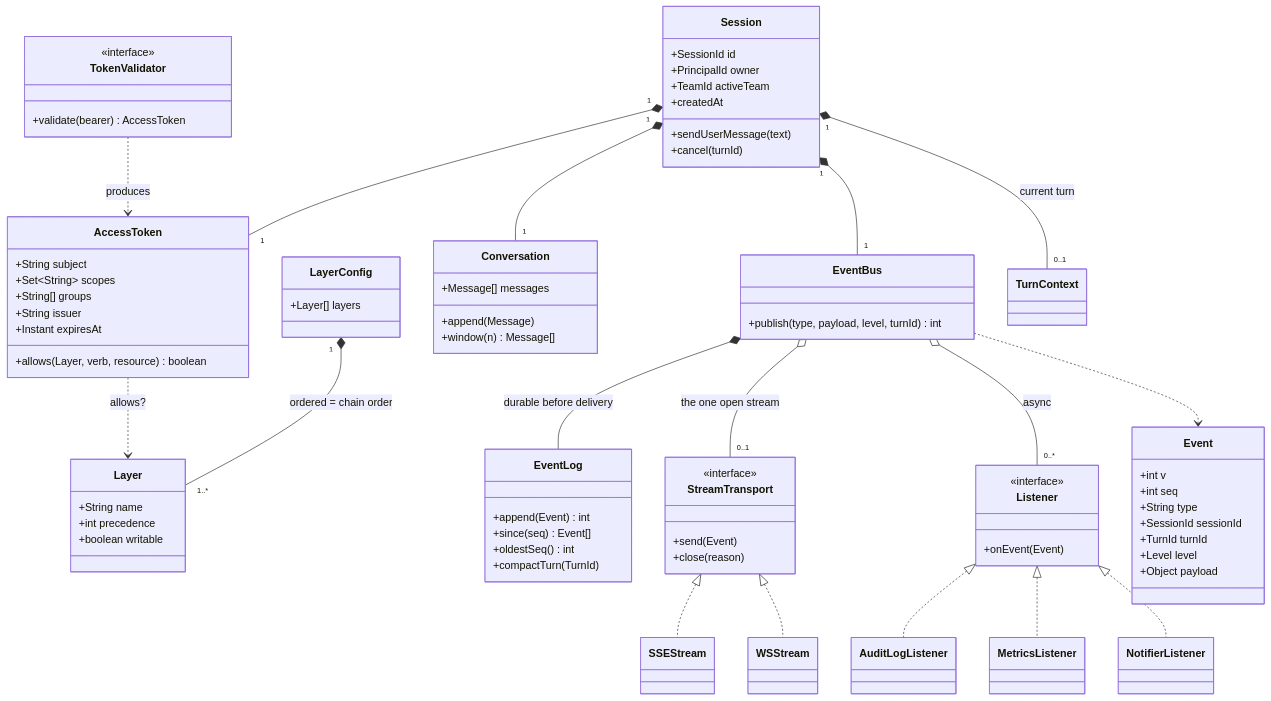
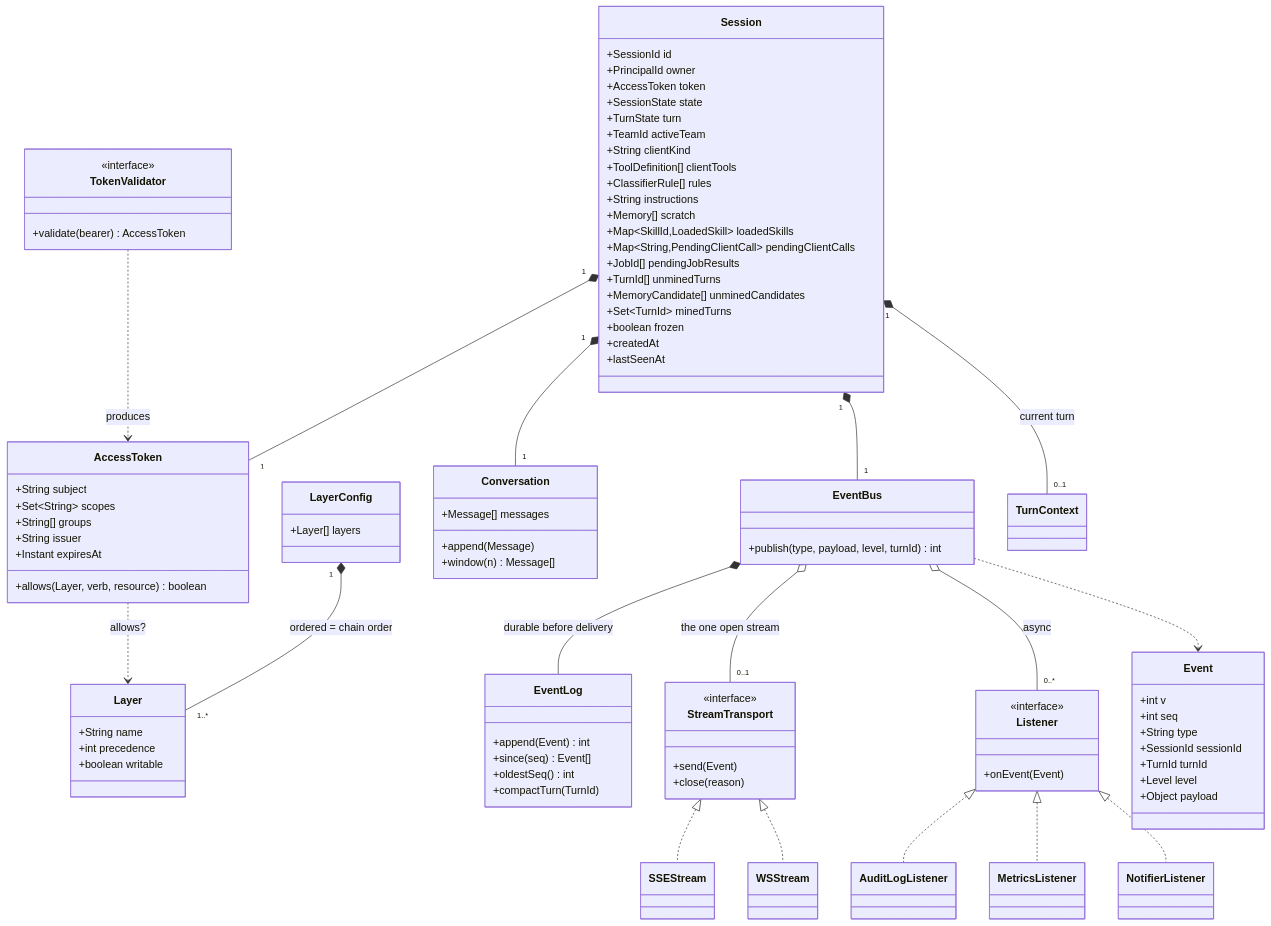
One commit to jstormes/QuickAI2 changed the first of 7 diagrams in design/06-object-model.md. Above: the diagram before and after it, drawn with Mermaid. The commit also changed other lines of this file and 11 other files, not shown here.

```diff
--- a/design/06-object-model.md
+++ b/design/06-object-model.md
@@ -36,10 +36,24 @@
     class Session {
         +SessionId id
         +PrincipalId owner
+        +AccessToken token
+        +SessionState state
+        +TurnState turn
         +TeamId activeTeam
+        +String clientKind
+        +ToolDefinition[] clientTools
+        +ClassifierRule[] rules
+        +String instructions
+        +Memory[] scratch
+        +Map~SkillId,LoadedSkill~ loadedSkills
+        +Map~String,PendingClientCall~ pendingClientCalls
+        +JobId[] pendingJobResults
+        +TurnId[] unminedTurns
+        +MemoryCandidate[] unminedCandidates
+        +Set~TurnId~ minedTurns
+        +boolean frozen
         +createdAt
-        +sendUserMessage(text)
-        +cancel(turnId)
+        +lastSeenAt
     }
     class Conversation {
         +Message[] messages
```
